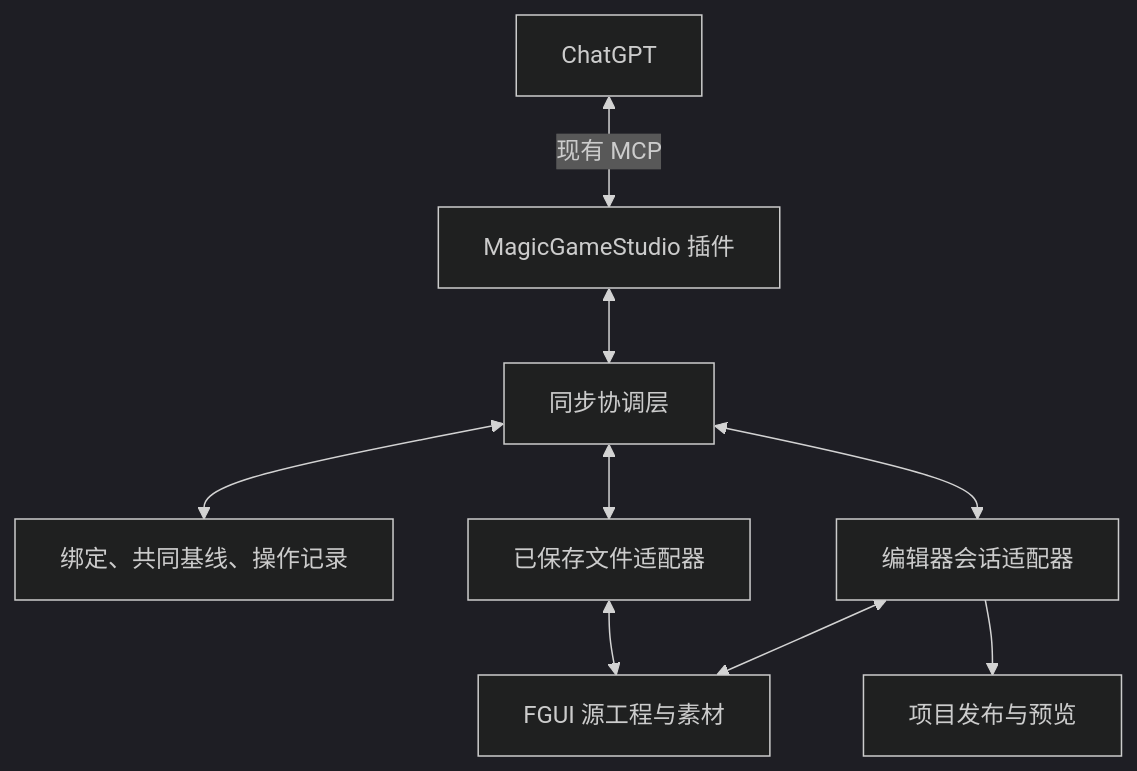
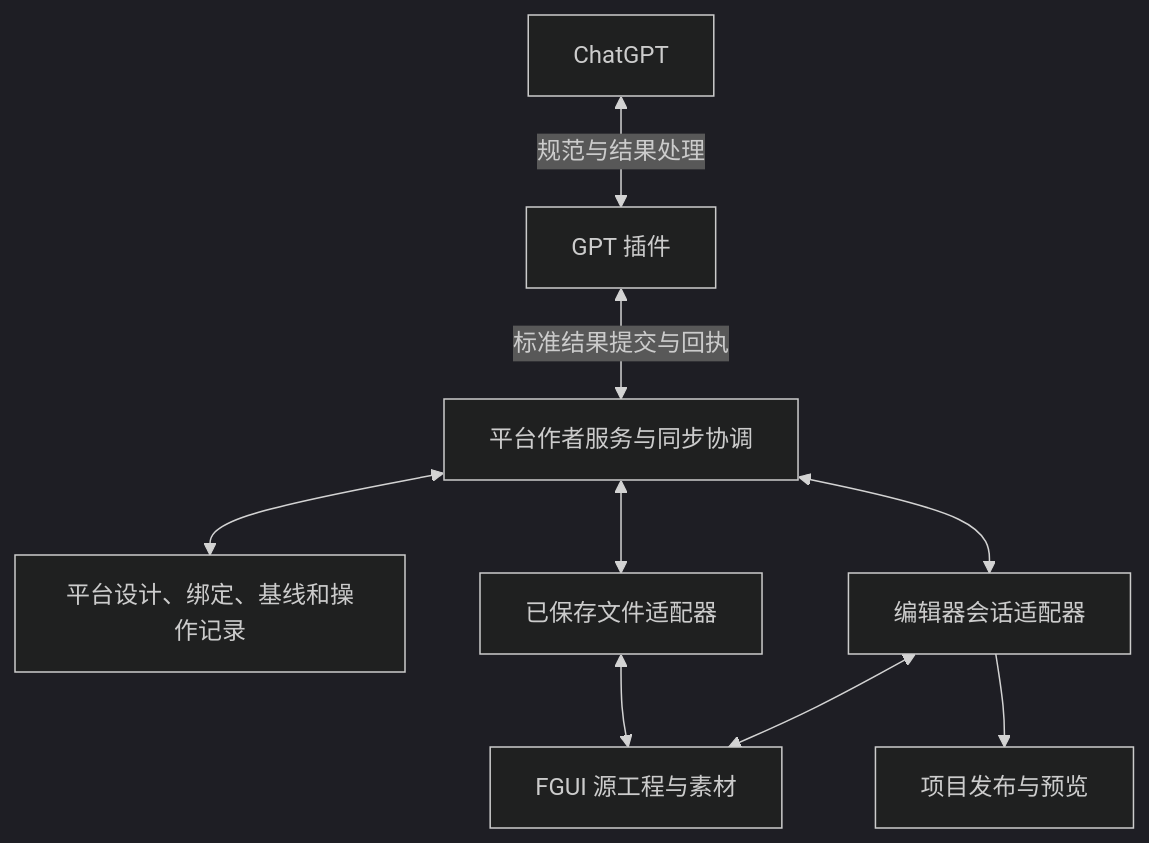
One commit to bambom/codex-with-chatgpt changed the first of 2 diagrams in docs/ui-roundtrip-sync-proposal.zh-CN.md. Above: the diagram before and after it, drawn with Mermaid (dark theme). The commit also changed other lines of this file and 3 other files, not shown here.

````diff
--- a/docs/ui-roundtrip-sync-proposal.zh-CN.md
+++ b/docs/ui-roundtrip-sync-proposal.zh-CN.md
@@ -66,11 +73,11 @@
 ```mermaid
 flowchart TB
-    GPT["ChatGPT"] <-->|"现有 MCP"| Plugin["MagicGameStudio 插件"]
-    Plugin <--> Sync["同步协调层"]
-    Sync <--> History["绑定、共同基线、操作记录"]
+    GPT["ChatGPT"] <-->|"规范与结果处理"| Plugin["GPT 插件"]
+    Plugin <-->|"标准结果提交与回执"| Sync["平台作者服务与同步协调"]
+    Sync <--> History["平台设计、绑定、基线和操作记录"]
     Sync <--> Files["已保存文件适配器"]
     Sync <--> Editor["编辑器会话适配器"]
     Files <--> Source["FGUI 源工程与素材"]
     Editor <--> Source
     Editor --> Preview["项目发布与预览"]
 ```
````
